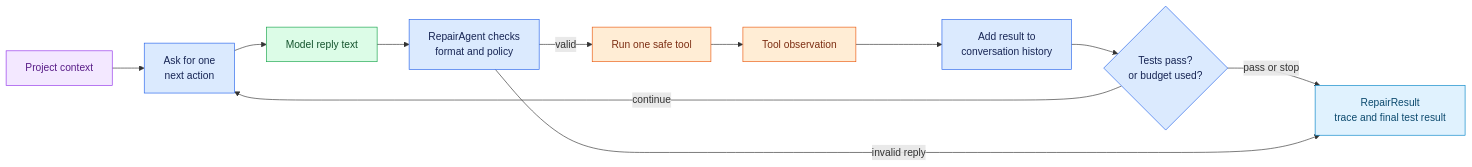
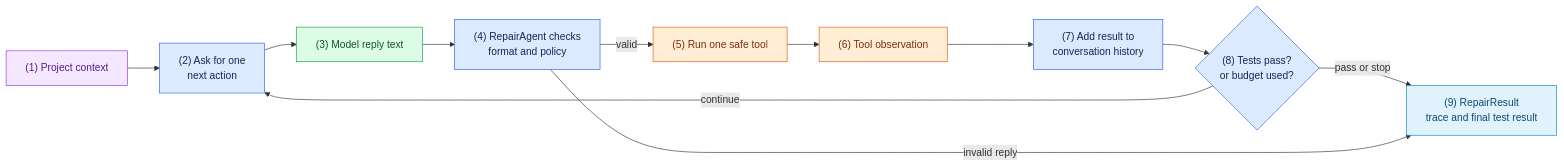
The diagram in tasks/04-repair-loop.md (ForgettaAnthony/coding-agent-lab), drawn with Mermaid before and after one commit. The commit also changed other lines of this file and 8 other files, not shown here.

Commit message:
docs: number task flow diagrams

````diff
--- a/tasks/04-repair-loop.md
+++ b/tasks/04-repair-loop.md
@@ -16,25 +18,25 @@
 ```mermaid
 flowchart LR
-    start["Project context"] --> ask["Ask for one\nnext action"]
-    ask --> reply["Model reply text"]
-    reply --> check["RepairAgent checks\nformat and policy"]
-    check -->|"valid"| tool["Run one safe tool"]
-    tool --> observation["Tool observation"]
-    observation --> history["Add result to\nconversation history"]
-    history --> decision{"Tests pass?\nor budget used?"}
+    start["(1) Project context"] --> ask["(2) Ask for one\nnext action"]
+    ask --> reply["(3) Model reply text"]
+    reply --> check["(4) RepairAgent checks\nformat and policy"]
+    check -->|"valid"| tool["(5) Run one safe tool"]
+    tool --> observation["(6) Tool observation"]
+    observation --> history["(7) Add result to\nconversation history"]
+    history --> decision{"(8) Tests pass?\nor budget used?"}
     decision -->|"continue"| ask
-    decision -->|"pass or stop"| result["RepairResult\ntrace and final test result"]
+    decision -->|"pass or stop"| result["(9) RepairResult\ntrace and final test result"]
     check -->|"invalid reply"| result
 
     classDef startBox fill:#f3e8ff,stroke:#9333ea,color:#581c87
     classDef agentBox fill:#dbeafe,stroke:#2563eb,color:#172554
     classDef modelBox fill:#dcfce7,stroke:#16a34a,color:#14532d
     classDef toolBox fill:#ffedd5,stroke:#ea580c,color:#7c2d12
     classDef resultBox fill:#e0f2fe,stroke:#0284c7,color:#0c4a6e
 
     class start startBox
     class ask,check,history,decision agentBox
     class reply modelBox
     class tool,observation toolBox
     class result resultBox
 ```
````
